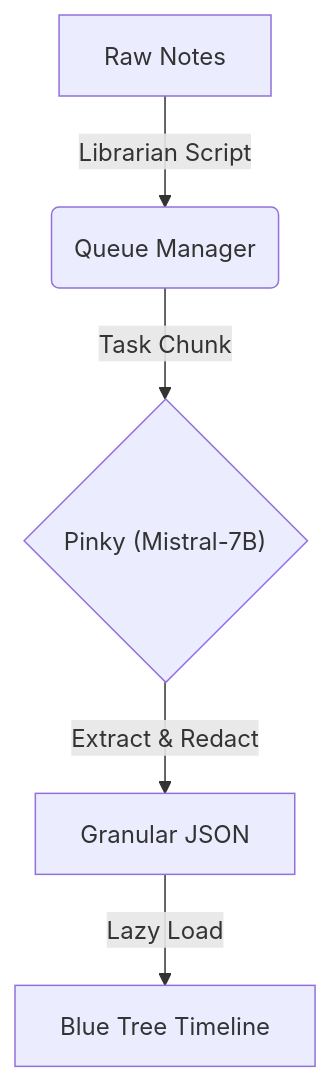
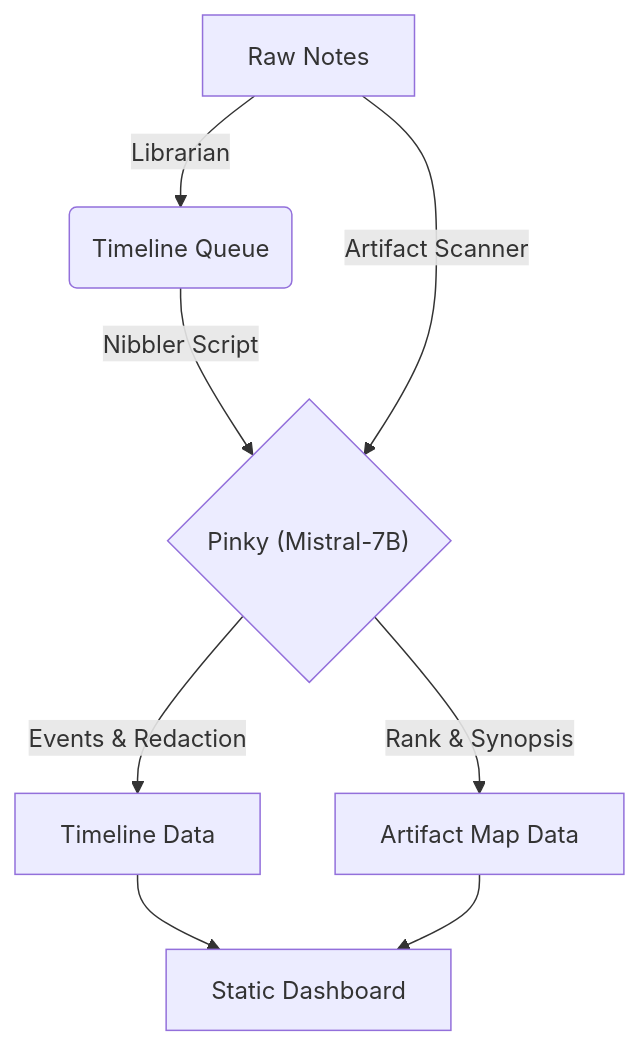
Before and after one commit to kEnder242/Portfolio_Dev: the diagram in README.md, drawn with Mermaid. The commit also changed other lines of this file and 16 other files, not shown here.

Commit message:
feat: deploy Artifact Map (V3) and enhance Field Manual search isolation

````diff
--- a/README.md
+++ b/README.md
@@ -18,7 +24,9 @@
 ```mermaid
 graph TD
-    A[Raw Notes] -->|Librarian Script| B(Queue Manager)
-    B -->|Task Chunk| C{"Pinky (Mistral-7B)"}
-    C -->|Extract & Redact| D[Granular JSON]
-    D -->|Lazy Load| E[Blue Tree Timeline]
+    A[Raw Notes] -->|Librarian| B(Timeline Queue)
+    B -->|Nibbler Script| C{"Pinky (Mistral-7B)"}
+    A -->|Artifact Scanner| C
+    C -->|Events & Redaction| D[Timeline Data]
+    C -->|Rank & Synopsis| E[Artifact Map Data]
+    D & E --> F[Static Dashboard]
 ```
````
